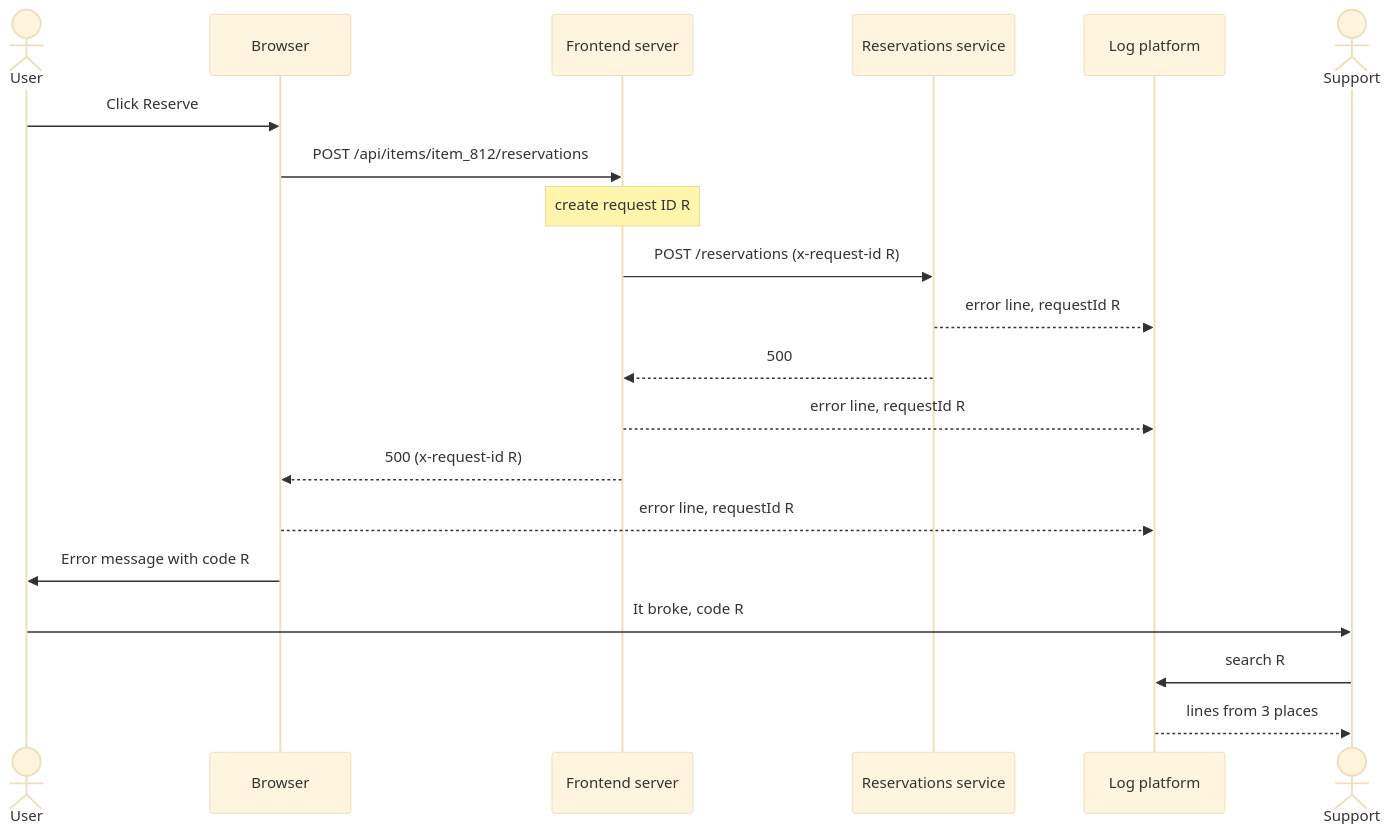
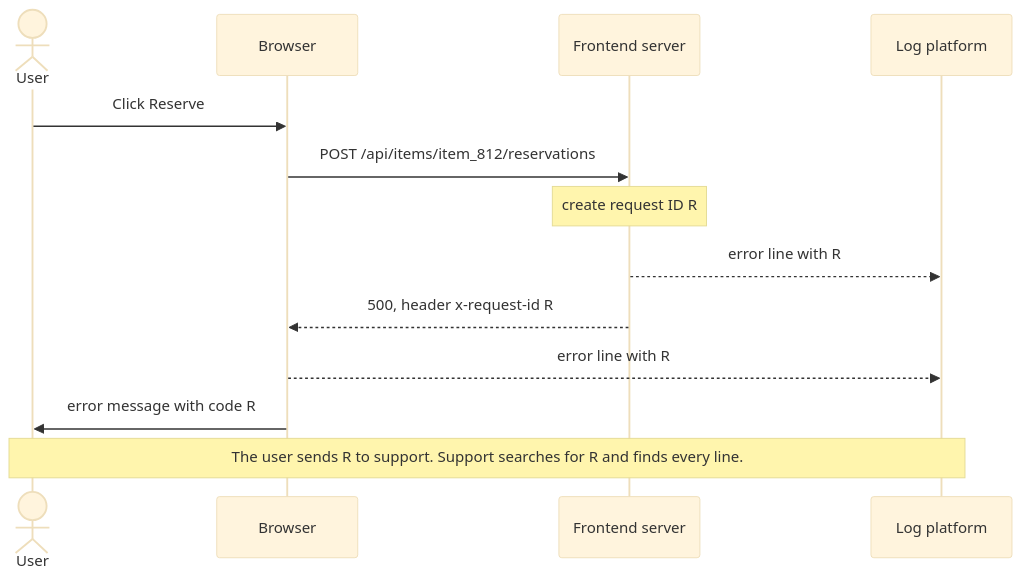
Before and after one commit to christiansany/cas-fee-26-frontend-challenges: the first of 3 diagrams in topics/logging/README.md, drawn with Mermaid (base theme). The commit also changed other lines of this file and 3 other files, not shown here.

````diff
--- a/topics/logging/README.md
+++ b/topics/logging/README.md
@@ -35,22 +37,15 @@
 ```mermaid
 sequenceDiagram
   actor U as User
   participant B as Browser
-  participant F as Frontend server
-  participant S as Reservations service
+  participant S as Frontend server
   participant L as Log platform
-  actor Sup as Support
   U->>B: Click Reserve
-  B->>F: POST /api/items/item_812/reservations
-  Note over F: create request ID R
-  F->>S: POST /reservations (x-request-id R)
-  S-->>L: error line, requestId R
-  S-->>F: 500
-  F-->>L: error line, requestId R
-  F-->>B: 500 (x-request-id R)
-  B-->>L: error line, requestId R
-  B->>U: Error message with code R
-  U->>Sup: It broke, code R
-  Sup->>L: search R
-  L-->>Sup: lines from 3 places
+  B->>S: POST /api/items/item_812/reservations
+  Note over S: create request ID R
+  S-->>L: error line with R
+  S-->>B: 500, header x-request-id R
+  B-->>L: error line with R
+  B->>U: error message with code R
+  Note over U,L: The user sends R to support. Support searches for R and finds every line.
 ```
````
